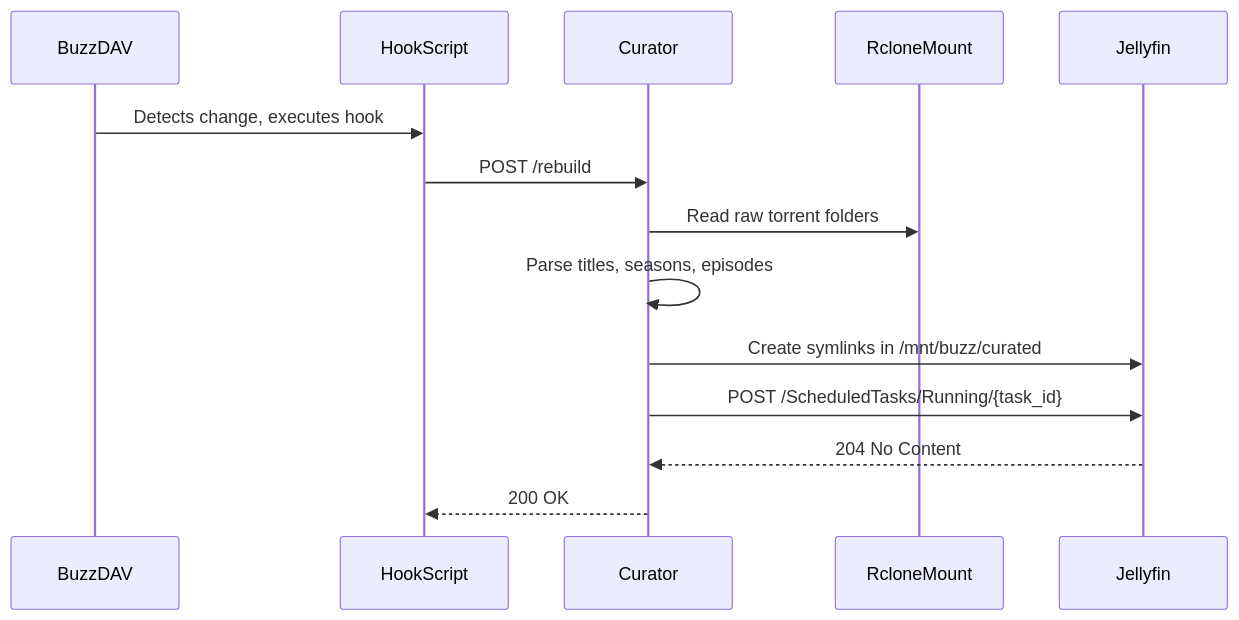
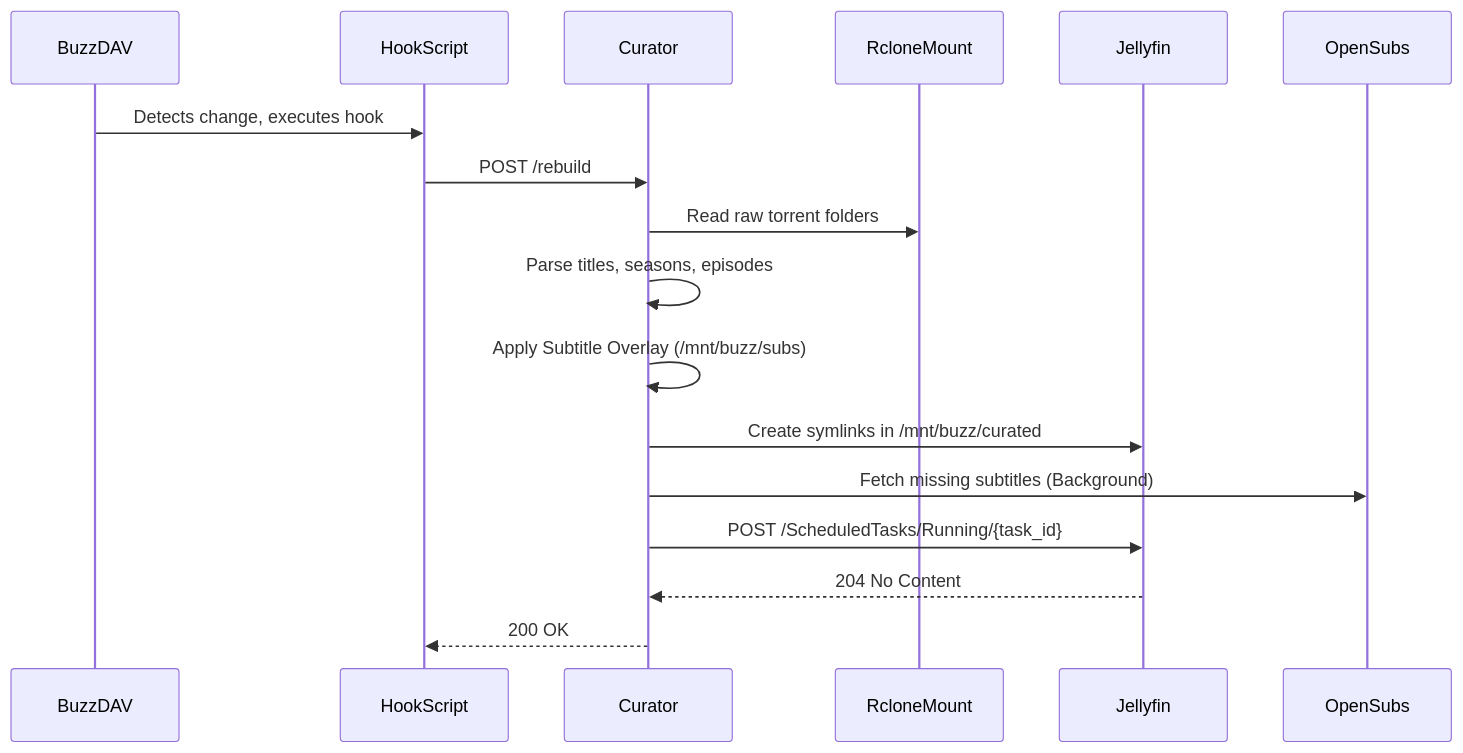
Before and after one commit to gchamon/buzz: the third of 3 diagrams in docs/architecture.md, drawn with Mermaid. The commit also changed other lines of this file and 21 other files, not shown here.

````diff
--- a/docs/architecture.md
+++ b/docs/architecture.md
@@ -79,16 +82,18 @@
 ```mermaid
 sequenceDiagram
     participant BuzzDAV
     participant HookScript
     participant Curator
     participant RcloneMount
     participant Jellyfin
     BuzzDAV->>HookScript: Detects change, executes hook
     HookScript->>Curator: POST /rebuild
     Curator->>RcloneMount: Read raw torrent folders
     Curator->>Curator: Parse titles, seasons, episodes
+    Curator->>Curator: Apply Subtitle Overlay (/mnt/buzz/subs)
     Curator->>Jellyfin: Create symlinks in /mnt/buzz/curated
+    Curator->>OpenSubs: Fetch missing subtitles (Background)
     Curator->>Jellyfin: POST /ScheduledTasks/Running/{task_id}
     Jellyfin-->>Curator: 204 No Content
     Curator-->>HookScript: 200 OK
 ```
````
